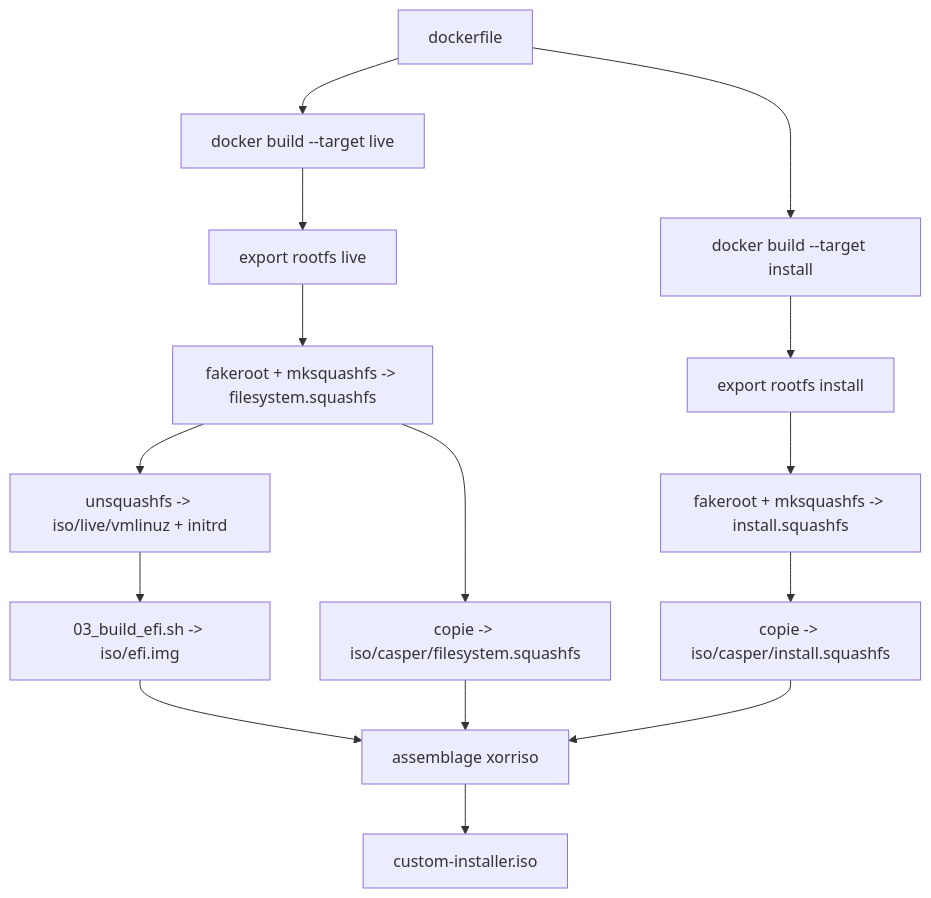
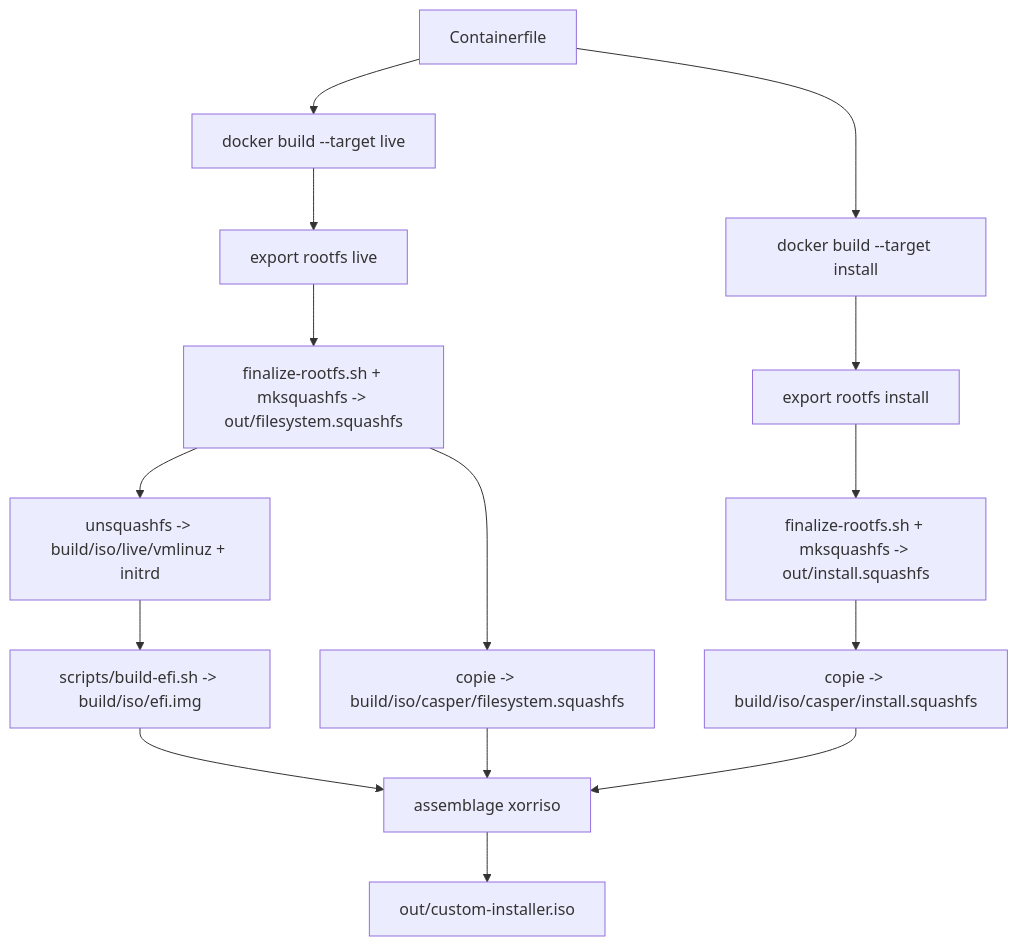
Before and after one commit to FlorianSoler/docker2iso: the first of 3 diagrams in README.md, drawn with Mermaid. The commit also changed other lines of this file and 12 other files, not shown here.

````diff
--- a/README.md
+++ b/README.md
@@ -48,17 +95,17 @@
 ```mermaid
 flowchart TD
-  A[dockerfile] --> B1[docker build --target live]
+  A[Containerfile] --> B1[docker build --target live]
   A --> B2[docker build --target install]
   B1 --> C1[export rootfs live]
   B2 --> C2[export rootfs install]
-  C1 --> D1[fakeroot + mksquashfs -> filesystem.squashfs]
-  C2 --> D2[fakeroot + mksquashfs -> install.squashfs]
-  D1 --> E[unsquashfs -> iso/live/vmlinuz + initrd]
-  D1 --> F[copie -> iso/casper/filesystem.squashfs]
-  D2 --> G[copie -> iso/casper/install.squashfs]
-  E --> H[03_build_efi.sh -> iso/efi.img]
+  C1 --> D1[finalize-rootfs.sh + mksquashfs -> out/filesystem.squashfs]
+  C2 --> D2[finalize-rootfs.sh + mksquashfs -> out/install.squashfs]
+  D1 --> E[unsquashfs -> build/iso/live/vmlinuz + initrd]
+  D1 --> F[copie -> build/iso/casper/filesystem.squashfs]
+  D2 --> G[copie -> build/iso/casper/install.squashfs]
+  E --> H[scripts/build-efi.sh -> build/iso/efi.img]
   F --> I[assemblage xorriso]
   G --> I
   H --> I
-  I --> J[custom-installer.iso]
+  I --> J[out/custom-installer.iso]
 ```
````
